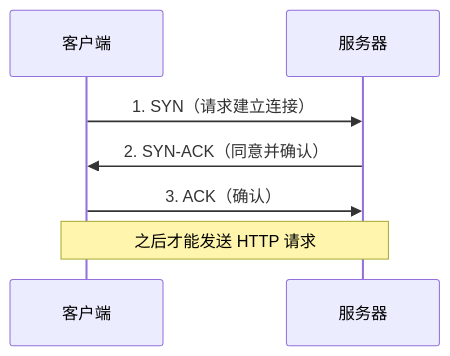
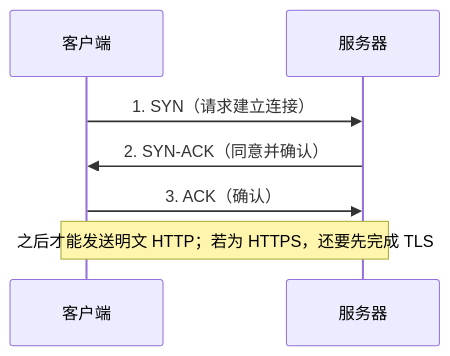
The second of 3 diagrams in chapters/09-computer-network-and-http.md (ycyue/software-testing-course), drawn with Mermaid before and after one commit. The commit also changed other lines of this file and 16 other files, not shown here.

````diff
--- a/chapters/09-computer-network-and-http.md
+++ b/chapters/09-computer-network-and-http.md
@@ -136,9 +136,9 @@
 ```mermaid
 sequenceDiagram
     participant C as 客户端
     participant S as 服务器
     C->>S: 1. SYN（请求建立连接）
     S->>C: 2. SYN-ACK（同意并确认）
     C->>S: 3. ACK（确认）
-    Note over C,S: 之后才能发送 HTTP 请求
+    Note over C,S: 之后才能发送明文 HTTP；若为 HTTPS，还要先完成 TLS
 ```
````
